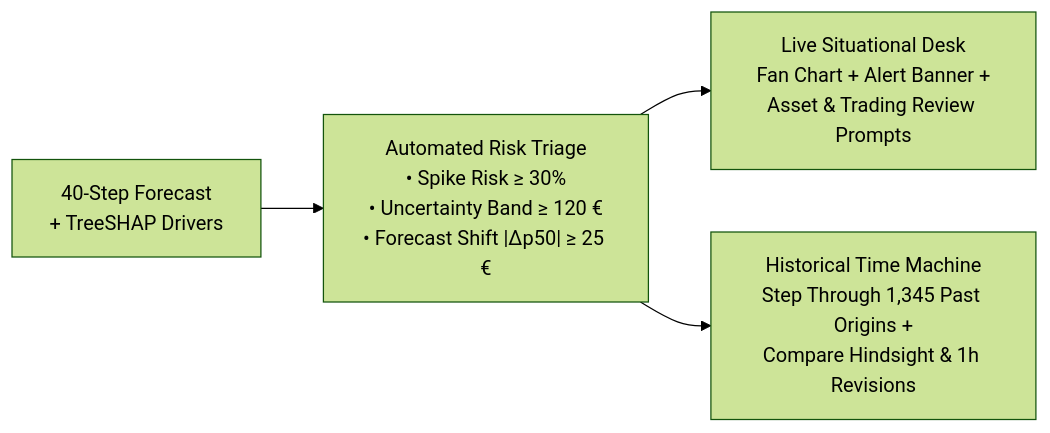
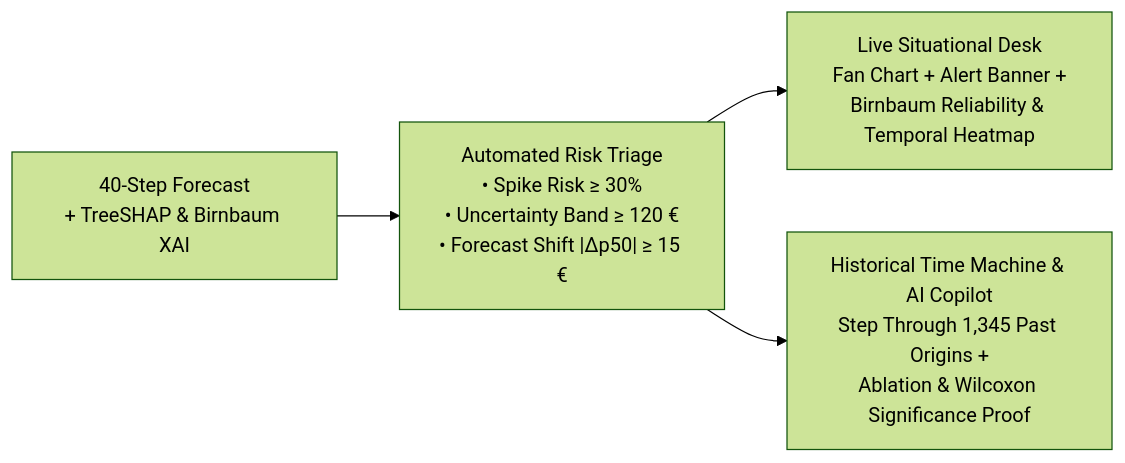
Before and after one commit to Pabl057/Turku_Energia_SinceAI: the fifth of 5 diagrams in docs/OVERVIEW.md, drawn with Mermaid (forest theme). The commit also changed other lines of this file and 36 other files, not shown here.

````diff
--- a/docs/OVERVIEW.md
+++ b/docs/OVERVIEW.md
@@ -93,7 +93,7 @@
 ```mermaid
 flowchart LR
-    FC["40-Step Forecast<br/>+ TreeSHAP Drivers"] --> TRIAGE["Automated Risk Triage<br/>• Spike Risk ≥ 30%<br/>• Uncertainty Band ≥ 120 €<br/>• Forecast Shift |Δp50| ≥ 25 €"]
+    FC["40-Step Forecast<br/>+ TreeSHAP & Birnbaum XAI"] --> TRIAGE["Automated Risk Triage<br/>• Spike Risk ≥ 30%<br/>• Uncertainty Band ≥ 120 €<br/>• Forecast Shift |Δp50| ≥ 15 €"]
 
-    TRIAGE --> DESK["Live Situational Desk<br/>Fan Chart + Alert Banner +<br/>Asset & Trading Review Prompts"]
-    TRIAGE --> TM["Historical Time Machine<br/>Step Through 1,345 Past Origins +<br/>Compare Hindsight & 1h Revisions"]
+    TRIAGE --> DESK["Live Situational Desk<br/>Fan Chart + Alert Banner +<br/>Birnbaum Reliability & Temporal Heatmap"]
+    TRIAGE --> TM["Historical Time Machine & AI Copilot<br/>Step Through 1,345 Past Origins +<br/>Ablation & Wilcoxon Significance Proof"]
 ```
````
